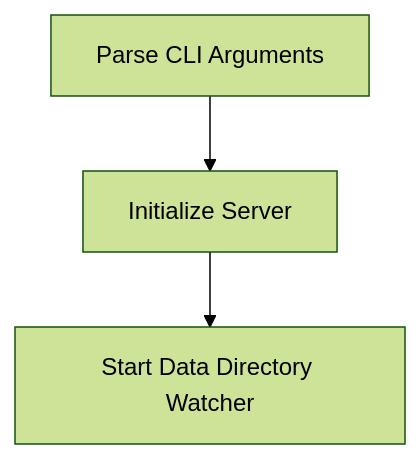
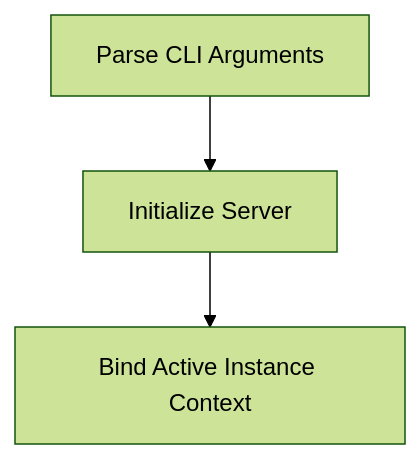
One commit to danielabelski/dreamgraph changed the diagram in docs/workflows/startup-initialization.md. Above: the diagram before and after it, drawn with Mermaid (forest theme). The commit also changed other lines of this file and 9 other files, not shown here.

````diff
--- a/docs/workflows/startup-initialization.md
+++ b/docs/workflows/startup-initialization.md
@@ -10,8 +10,8 @@
 ```mermaid
 flowchart TD
     S1["Parse CLI Arguments"]
     S2["Initialize Server"]
     S1 --> S2
-    S3["Start Data Directory Watcher"]
+    S3["Bind Active Instance Context"]
     S2 --> S3
 ```
````
